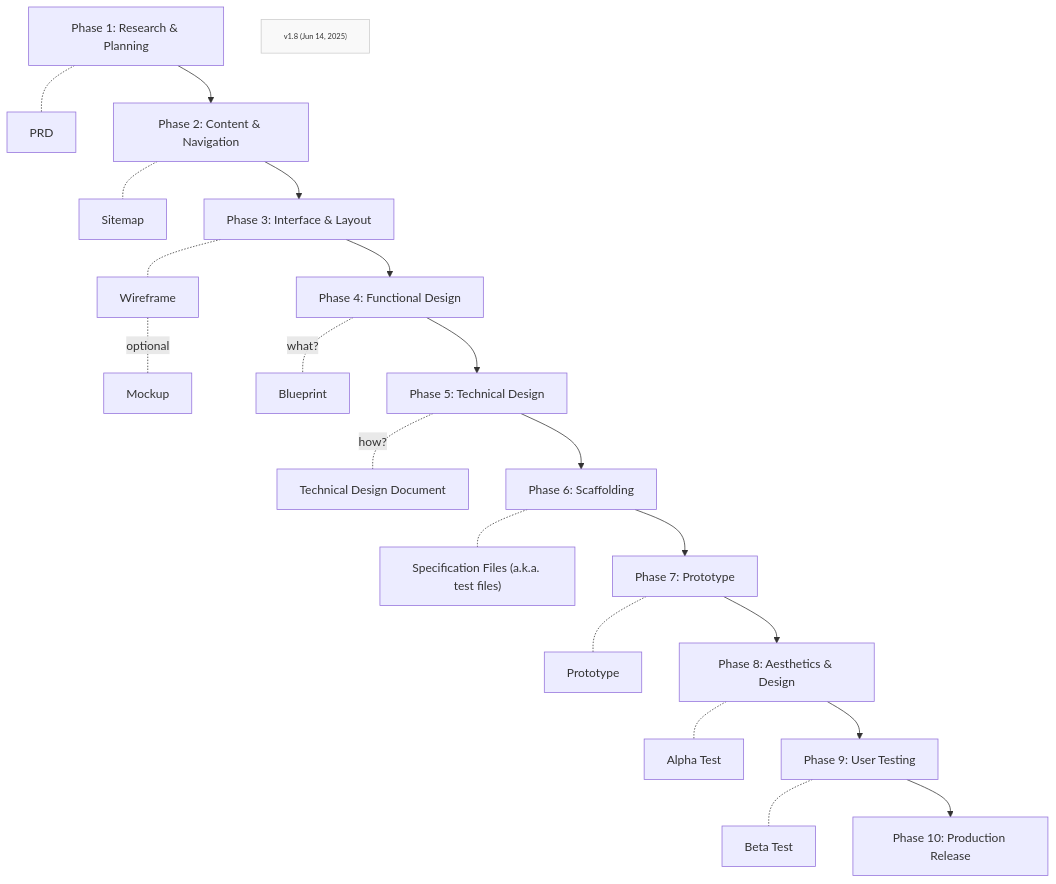
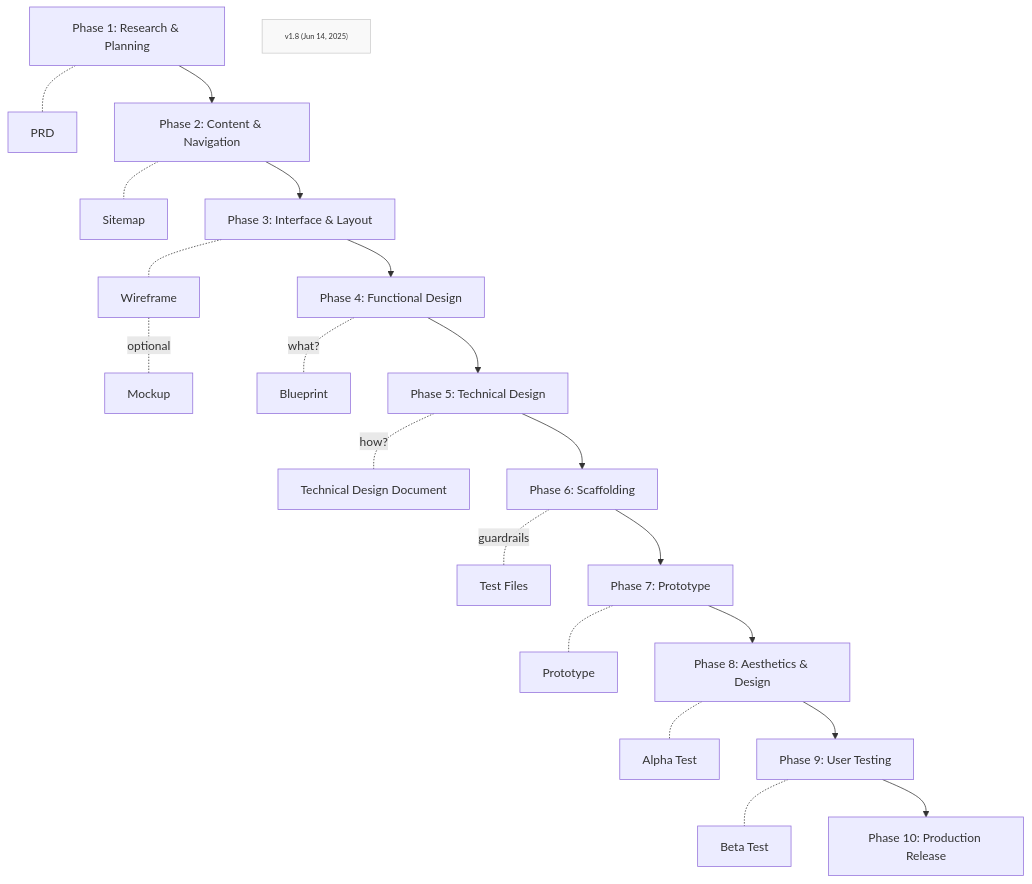
One commit to Mharbulous/Front-First-Method changed the first of 2 diagrams in Phases/FF-overview.md. Above: the diagram before and after it, drawn with Mermaid.

````diff
--- a/Phases/FF-overview.md
+++ b/Phases/FF-overview.md
@@ -1,26 +1,26 @@
 ```mermaid
 graph TD
     Phase1["Phase 1: Research & Planning"] -.- PRD["PRD"]
     Phase1 --> Phase2["Phase 2: Content & Navigation"]
     Phase2 -.- Sitemap["Sitemap"]
     Phase2 --> Phase3["Phase 3: Interface & Layout"]
     Phase3 -.- Wireframe["Wireframe"]
     Wireframe -.- |optional|Mockup["Mockup"]
     Phase3 --> Phase4["Phase 4: Functional Design"]
     Phase4 -.- |what?|Blueprint["Blueprint"]
     Phase4 --> Phase5["Phase 5: Technical Design"]
     Phase5 -.- |how?|TechDesign["Technical Design Document"]
     Phase5 --> Phase6["Phase 6: Scaffolding"]
-    Phase6 -.- Specs["Specification Files (a.k.a. test files)"]
+    Phase6 -.- |guardrails|Specs["Test Files"]
     Phase6 --> Phase7["Phase 7: Prototype"]
     Phase7 -.- Prototype["Prototype"]
     Phase7 --> Phase8["Phase 8: Aesthetics & Design"]
     Phase8 -.- Alpha["Alpha Test"]
     Phase8 --> Phase9["Phase 9: User Testing"]
     Phase9 -.- Beta["Beta Test"]
     Phase9 --> Phase10["Phase 10: Production Release"]
 
     VersionInfo["v1.8 (Jun 14, 2025)"]
     classDef version fill:#f9f9f9,stroke:#ccc,font-size:10px;
     class VersionInfo version
 ```
````
